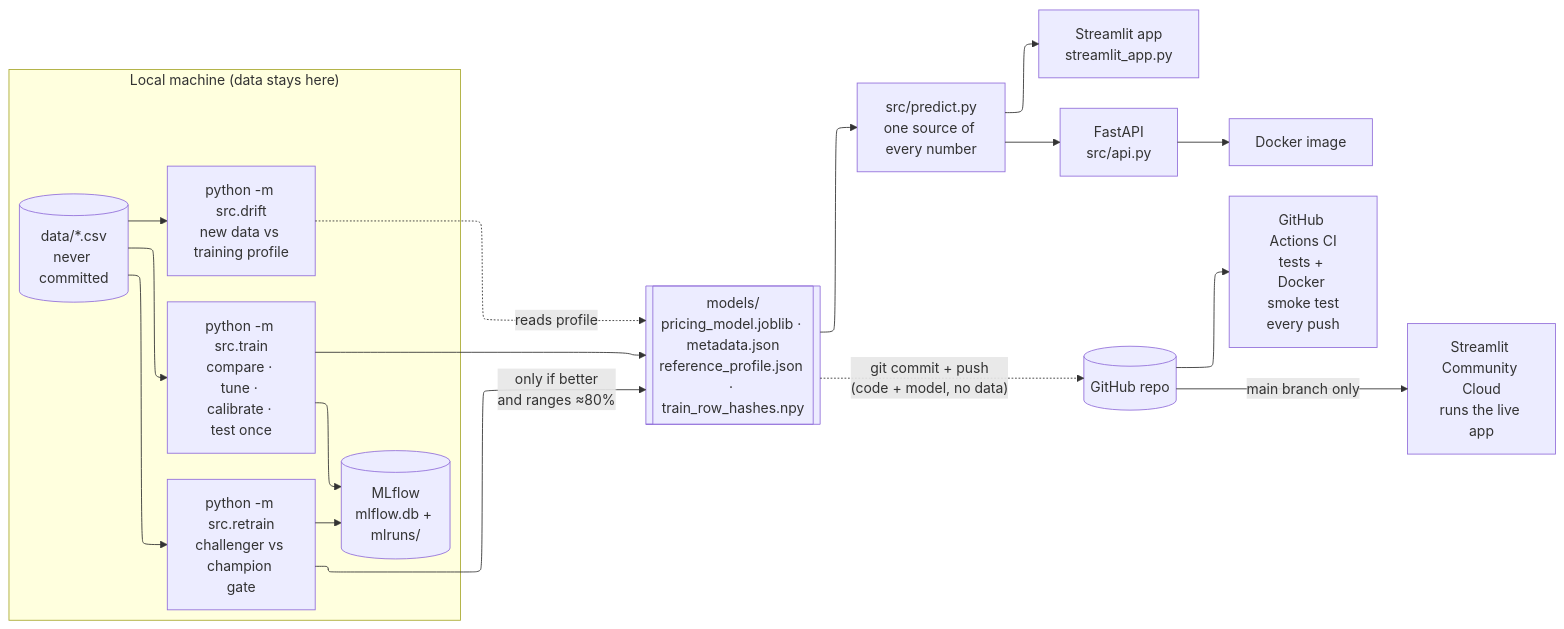
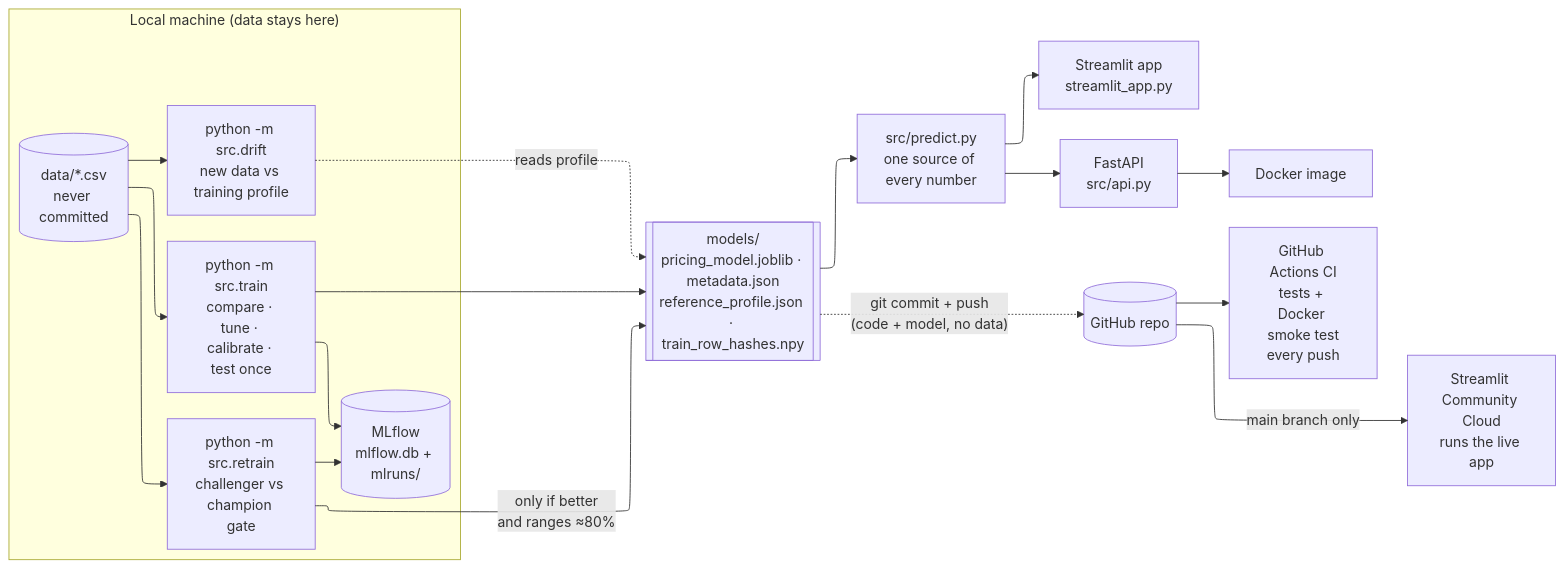
The diagram in docs/architecture.mmd (Kaushik075/used-car-pricing-engine), drawn with Mermaid before and after one commit. The commit also changed 1 other file, not shown here.

Commit message:
Diagram: balanced layout with even margins

```diff
--- a/docs/architecture.mmd
+++ b/docs/architecture.mmd
@@ -1,29 +1,31 @@
 ---
 config:
   layout: elk
+  elk:
+    nodePlacementStrategy: NETWORK_SIMPLEX
   flowchart:
     wrappingWidth: 110
 ---
 flowchart LR
     subgraph local["Local machine (data stays here)"]
         CSV[("data/*.csv<br/>never committed")]
         TRAIN["python -m src.train<br/>compare · tune · calibrate · test once"]
         RETRAIN["python -m src.retrain<br/>challenger vs champion gate"]
         DRIFT["python -m src.drift<br/>new data vs training profile"]
         MLF[("MLflow<br/>mlflow.db + mlruns/")]
         CSV --> TRAIN & RETRAIN & DRIFT
         TRAIN --> MLF
         RETRAIN --> MLF
     end
     MODELS[["models/<br/>pricing_model.joblib · metadata.json<br/>reference_profile.json · train_row_hashes.npy"]]
     TRAIN --> MODELS
     RETRAIN -- "only if better<br/>and ranges ≈80%" --> MODELS
     DRIFT -. "reads profile" .-> MODELS
     PRED["src/predict.py<br/>one source of every number"]
     MODELS --> PRED
     PRED --> APP["Streamlit app<br/>streamlit_app.py"]
     PRED --> API["FastAPI<br/>src/api.py"]
     API --> DOCKER["Docker image"]
     MODELS -. "git commit + push<br/>(code + model, no data)" .-> REPO[("GitHub repo")]
     REPO --> GH["GitHub Actions CI<br/>tests + Docker smoke test<br/>every push"]
     REPO -- "main branch only" --> CLOUD["Streamlit Community Cloud<br/>runs the live app"]
```
